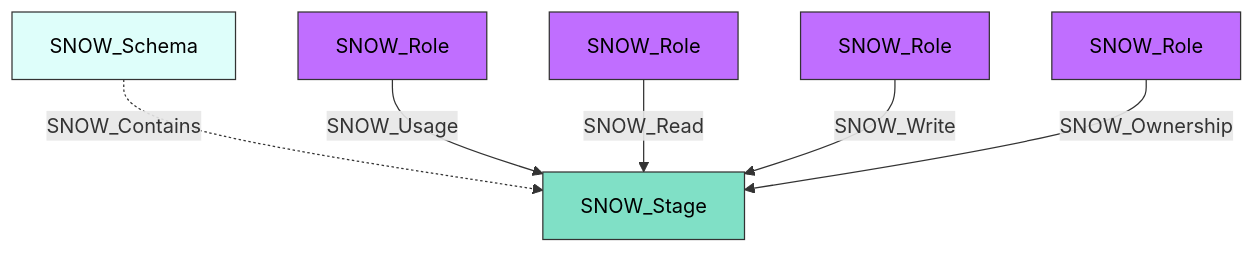
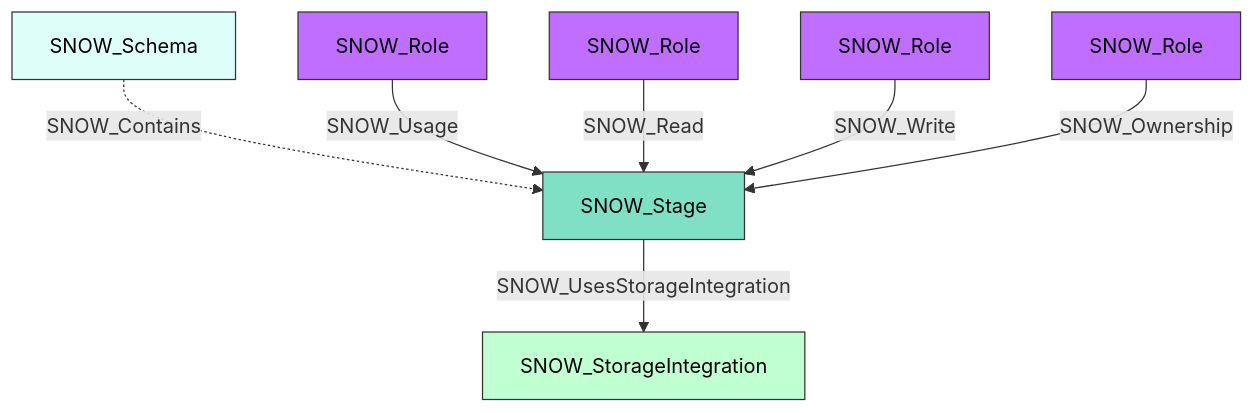
One commit to SpecterOps/SnowHound changed the diagram in Documentation/NodeDescriptions/SNOW_Stage.md. Above: the diagram before and after it, drawn with Mermaid. The commit also changed other lines of this file and 15 other files, not shown here.

````diff
--- a/Documentation/NodeDescriptions/SNOW_Stage.md
+++ b/Documentation/NodeDescriptions/SNOW_Stage.md
@@ -51,12 +51,14 @@
 ```mermaid
 flowchart TD
     SNOW_Schema["SNOW_Schema"]:::schema -.->|SNOW_Contains| SNOW_Stage["SNOW_Stage"]:::stage
+    SNOW_Stage -->|SNOW_UsesStorageIntegration| SNOW_StorageIntegration["SNOW_StorageIntegration"]:::integration
     SNOW_Role1["SNOW_Role"]:::role -->|SNOW_Usage| SNOW_Stage
     SNOW_Role2["SNOW_Role"]:::role -->|SNOW_Read| SNOW_Stage
     SNOW_Role3["SNOW_Role"]:::role -->|SNOW_Write| SNOW_Stage
     SNOW_Role4["SNOW_Role"]:::role -->|SNOW_Ownership| SNOW_Stage
 
     classDef stage fill:#80E0C6,stroke:#333,color:#000
     classDef schema fill:#DEFEFA,stroke:#333,color:#000
+    classDef integration fill:#BFFFD1,stroke:#333,color:#000
     classDef role fill:#C06EFF,stroke:#333,color:#000
 ```
````
